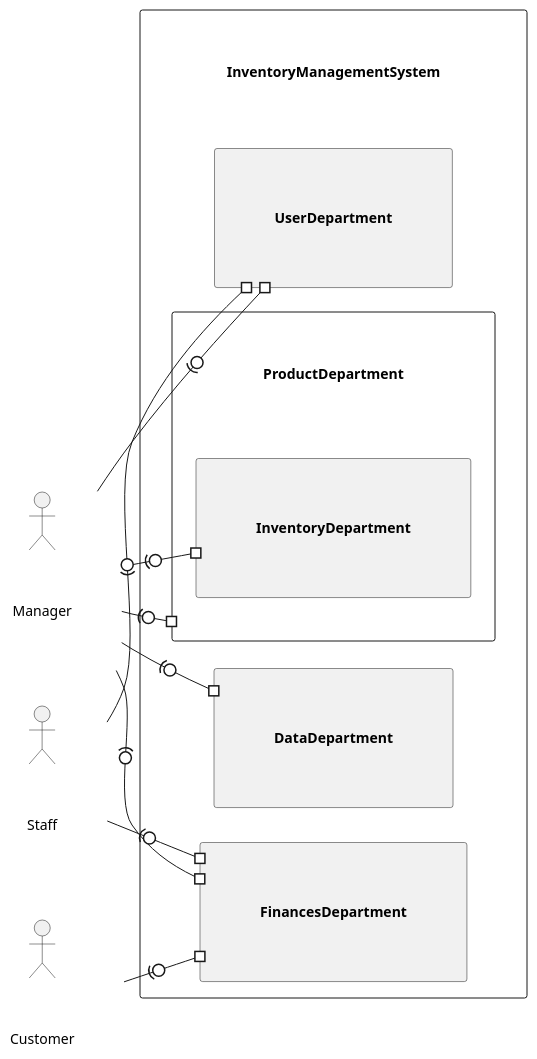
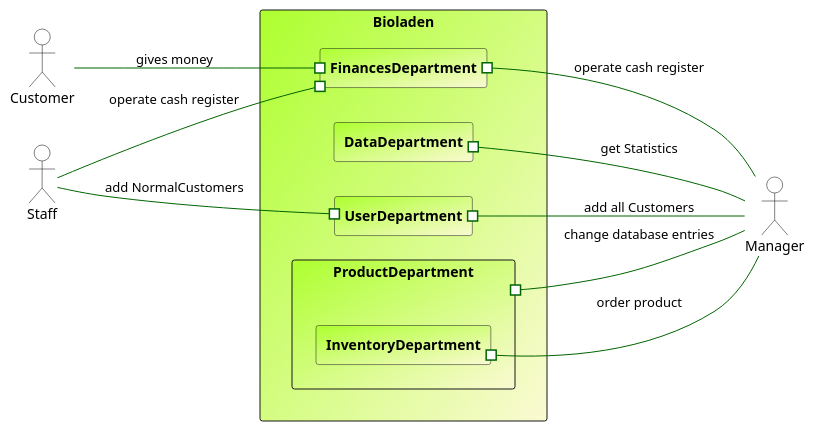
Before and after one commit to LimitlessGreen/swt18w43: the diagram in src/main/asciidoc/models/analysis/TopLevelArchitecture.puml, drawn with PlantUML. The commit also changed 3 other files, not shown here.

Commit message:
[improved] Analysisdiagrams

```diff
--- a/src/main/asciidoc/models/analysis/TopLevelArchitecture.puml
+++ b/src/main/asciidoc/models/analysis/TopLevelArchitecture.puml
@@ -1,35 +1,40 @@
 @startuml
 
 skinparam componentStyle uml2
 'skinparam linetype ortho
 'skinparam handwritten true
 'skinparam componentStyle uml2
-skinparam monochrome true
+'skinparam monochrome true
 skinparam rectangleFontStyle bold
-skinparam Padding 50
+'skinparam Padding 0
+skinparam rectangleBackgroundColor 	#GreenYellow/LightGoldenRodYellow
+skinparam ArrowFontColor black
+skinparam ArrowColor darkgreen
+skinparam ActorBorderColor black
+skinparam ActorBackgroundColor white
 
 left to right direction
 
-rectangle InventoryManagementSystem {
+rectangle Bioladen {
     rectangle ProductDepartment {
         rectangle InventoryDepartment
     }
     rectangle FinancesDepartment
     rectangle DataDepartment
     rectangle UserDepartment
 }
 
 :Staff:
 :Manager:
 :Customer:
 
-Manager -(0-# UserDepartment
-Manager -(0-# DataDepartment
-Manager -(0-# FinancesDepartment
-Manager -(0-# ProductDepartment
-Manager -(0-# InventoryDepartment
-Staff -(0-# UserDepartment
-Staff -(0-# FinancesDepartment
-Customer -(0-# FinancesDepartment
+Manager -up-#UserDepartment: add all Customers
+Manager -up-# DataDepartment: get Statistics
+Manager -up-# FinancesDepartment: operate cash register
+Manager -up-# ProductDepartment: change database entries
+Manager -up-# InventoryDepartment: order product
+Staff --# UserDepartment: add NormalCustomers
+Staff --# FinancesDepartment: operate cash register
+Customer --# FinancesDepartment: gives money
 
 @enduml
```
